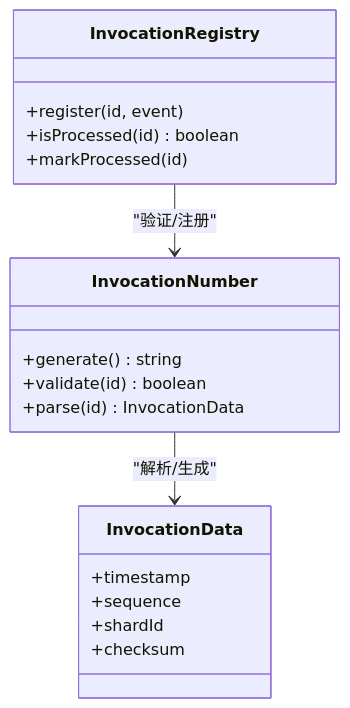
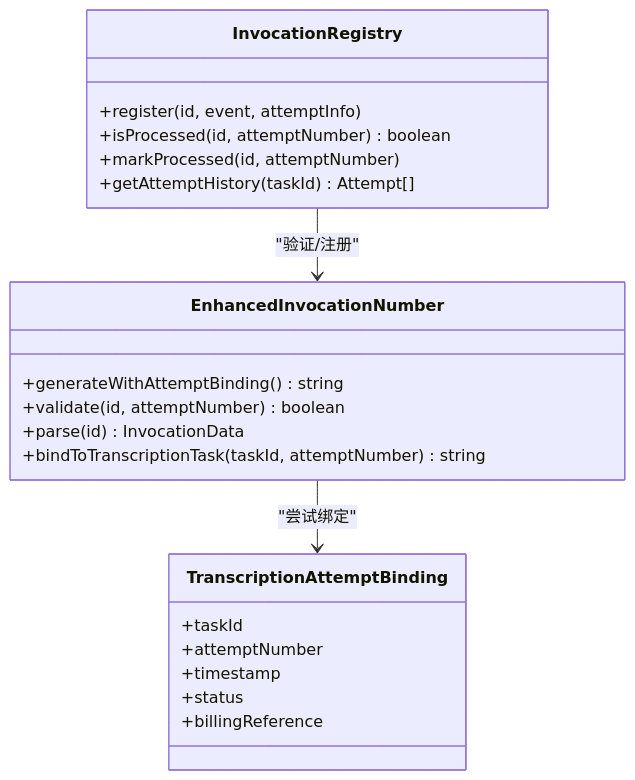
Before and after one commit to scottcwy/PurpleInk: the fourth of 15 diagrams in .qoder/repowiki/zh/content/项目概述/计费配置/计费和会计账簿系统.md, drawn with Mermaid. The commit also changed other lines of this file and 29 other files, not shown here.

````diff
--- a/.qoder/repowiki/zh/content/项目概述/计费配置/计费和会计账簿系统.md
+++ b/.qoder/repowiki/zh/content/项目概述/计费配置/计费和会计账簿系统.md
@@ -314,21 +277,24 @@
 ```mermaid
 classDiagram
-class InvocationNumber {
-+generate() string
-+validate(id) boolean
+class EnhancedInvocationNumber {
++generateWithAttemptBinding() string
++validate(id, attemptNumber) boolean
 +parse(id) InvocationData
++bindToTranscriptionTask(taskId, attemptNumber) string
 }
-class InvocationData {
+class TranscriptionAttemptBinding {
++taskId
++attemptNumber
 +timestamp
-+sequence
-+shardId
-+checksum
++status
++billingReference
 }
 class InvocationRegistry {
-+register(id, event)
-+isProcessed(id) boolean
-+markProcessed(id)
++register(id, event, attemptInfo)
++isProcessed(id, attemptNumber) boolean
++markProcessed(id, attemptNumber)
++getAttemptHistory(taskId) Attempt[]
 }
-InvocationNumber --> InvocationData : "解析/生成"
-InvocationRegistry --> InvocationNumber : "验证/注册"
+EnhancedInvocationNumber --> TranscriptionAttemptBinding : "尝试绑定"
+InvocationRegistry --> EnhancedInvocationNumber : "验证/注册"
 ```
````
